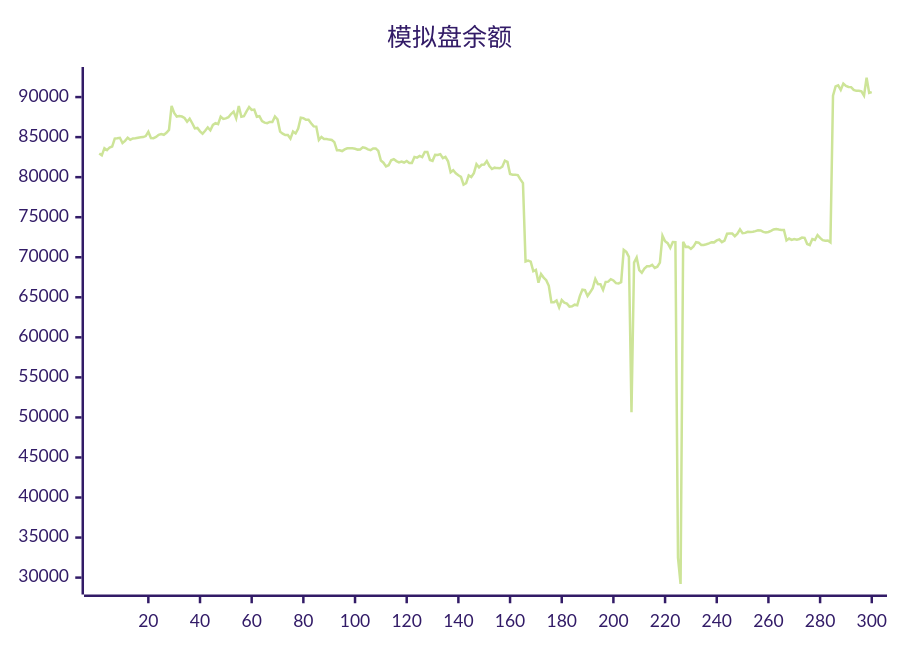
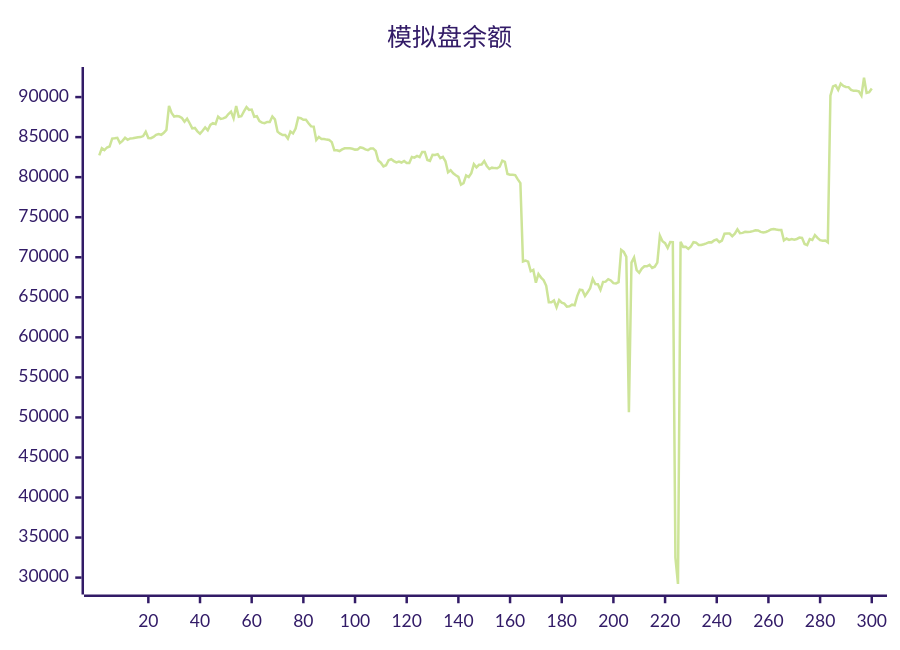
One commit to aahl/ai-trading changed the diagram in README.md. Above: the diagram before and after it, drawn with Mermaid (forest theme). The commit also changed other lines of this file and 1 other file, not shown here.

````diff
--- a/README.md
+++ b/README.md
@@ -5,5 +5,5 @@
 ```mermaid
 xychart
     title "模拟盘余额"
-    line [82962,82728,83619,83378,83710,83825,84819,84854,84917,84265,84527,84919,84668,84834,84850,84916,84981,85004,85131,85674,84891,84864,85019,85284,85393,85294,85538,85894,88904,88012,87567,87625,87568,87386,86920,87313,86737,86094,86143,85725,85437,85787,86219,85859,86526,86740,86630,87563,87264,87335,87483,87886,88180,87335,88894,87544,87608,88207,88755,88401,88444,87543,87608,87000,86810,86740,86894,86884,87576,87209,85686,85435,85251,85255,84820,85689,85453,86066,87420,87373,87161,87178,86740,86341,86315,84643,85012,84772,84768,84690,84635,84376,83360,83357,83259,83474,83608,83606,83602,83548,83440,83454,83724,83644,83464,83365,83590,83592,83275,82072,81806,81344,81492,82109,82254,82006,81848,81955,81829,82022,81769,81776,82522,82441,82656,82498,83144,83144,82150,82038,82797,82763,82872,82367,82536,81981,80612,80862,80484,80242,80034,79063,79245,80226,80016,80507,81625,81233,81544,81578,82016,81401,81019,81186,81130,81118,81306,82066,81909,80392,80304,80291,80258,79729,79261,69466,69579,69456,68251,68415,66832,67911,67462,67144,66432,64380,64375,64606,63740,64647,64324,64216,63842,63877,64078,64008,65156,65945,65888,65157,65625,66144,67284,66653,66639,65924,66925,66956,67263,67108,66766,66729,66886,70927,70673,70049,50652,69334,69973,68400,68061,68578,68876,68879,69055,68662,68822,69329,72687,71999,71760,71162,71911,71896,32500,29218,71927,71297,71305,71044,71337,71883,71822,71536,71536,71622,71723,71880,71860,72100,72216,71887,72077,72940,72976,72966,72638,72948,73497,73004,73041,73173,73160,73186,73258,73375,73351,73173,73098,73161,73305,73474,73536,73457,73413,73412,72100,72333,72164,72272,72204,72285,72461,72421,71652,71521,72267,72157,72774,72424,72144,72060,72091,71858,90185,91338,91466,90900,91678,91404,91268,91244,90903,90779,90787,90721,90187,92429,90518,90619]
+    line [82728,83619,83378,83710,83825,84819,84854,84917,84265,84527,84919,84668,84834,84850,84916,84981,85004,85131,85674,84891,84864,85019,85284,85393,85294,85538,85894,88904,88012,87567,87625,87568,87386,86920,87313,86737,86094,86143,85725,85437,85787,86219,85859,86526,86740,86630,87563,87264,87335,87483,87886,88180,87335,88894,87544,87608,88207,88755,88401,88444,87543,87608,87000,86810,86740,86894,86884,87576,87209,85686,85435,85251,85255,84820,85689,85453,86066,87420,87373,87161,87178,86740,86341,86315,84643,85012,84772,84768,84690,84635,84376,83360,83357,83259,83474,83608,83606,83602,83548,83440,83454,83724,83644,83464,83365,83590,83592,83275,82072,81806,81344,81492,82109,82254,82006,81848,81955,81829,82022,81769,81776,82522,82441,82656,82498,83144,83144,82150,82038,82797,82763,82872,82367,82536,81981,80612,80862,80484,80242,80034,79063,79245,80226,80016,80507,81625,81233,81544,81578,82016,81401,81019,81186,81130,81118,81306,82066,81909,80392,80304,80291,80258,79729,79261,69466,69579,69456,68251,68415,66832,67911,67462,67144,66432,64380,64375,64606,63740,64647,64324,64216,63842,63877,64078,64008,65156,65945,65888,65157,65625,66144,67284,66653,66639,65924,66925,66956,67263,67108,66766,66729,66886,70927,70673,70049,50652,69334,69973,68400,68061,68578,68876,68879,69055,68662,68822,69329,72687,71999,71760,71162,71911,71896,32500,29218,71927,71297,71305,71044,71337,71883,71822,71536,71536,71622,71723,71880,71860,72100,72216,71887,72077,72940,72976,72966,72638,72948,73497,73004,73041,73173,73160,73186,73258,73375,73351,73173,73098,73161,73305,73474,73536,73457,73413,73412,72100,72333,72164,72272,72204,72285,72461,72421,71652,71521,72267,72157,72774,72424,72144,72060,72091,71858,90185,91338,91466,90900,91678,91404,91268,91244,90903,90779,90787,90721,90187,92429,90518,90619,91070]
 ```
````
